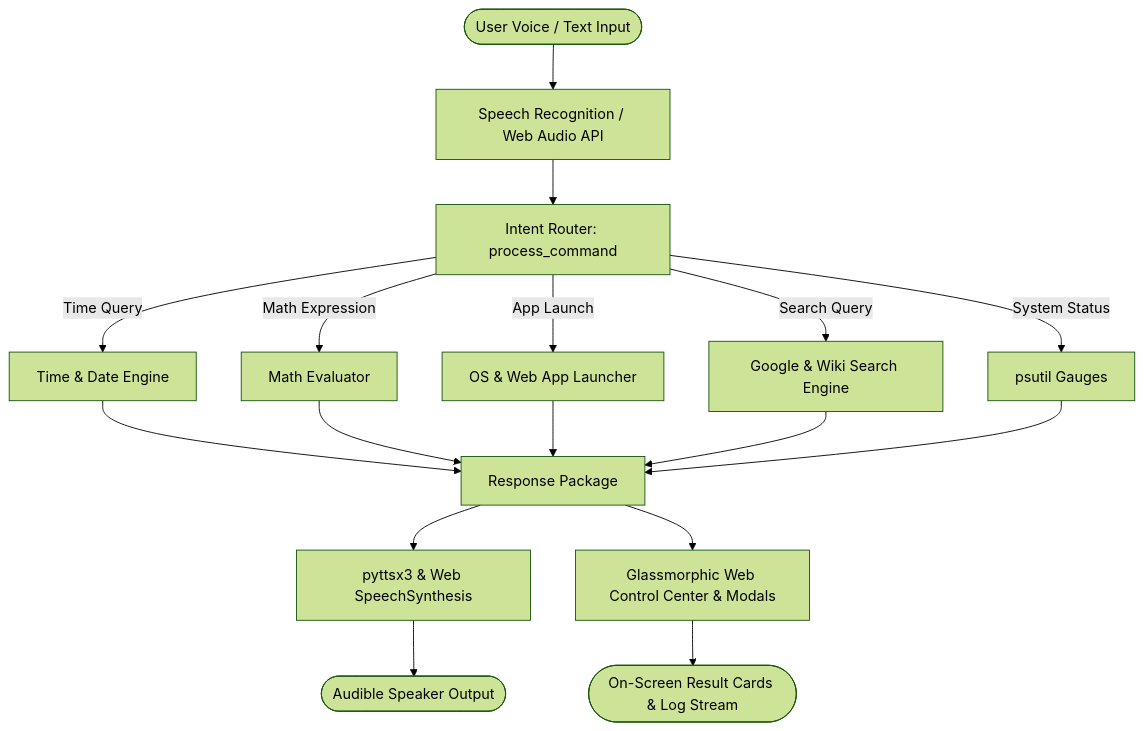
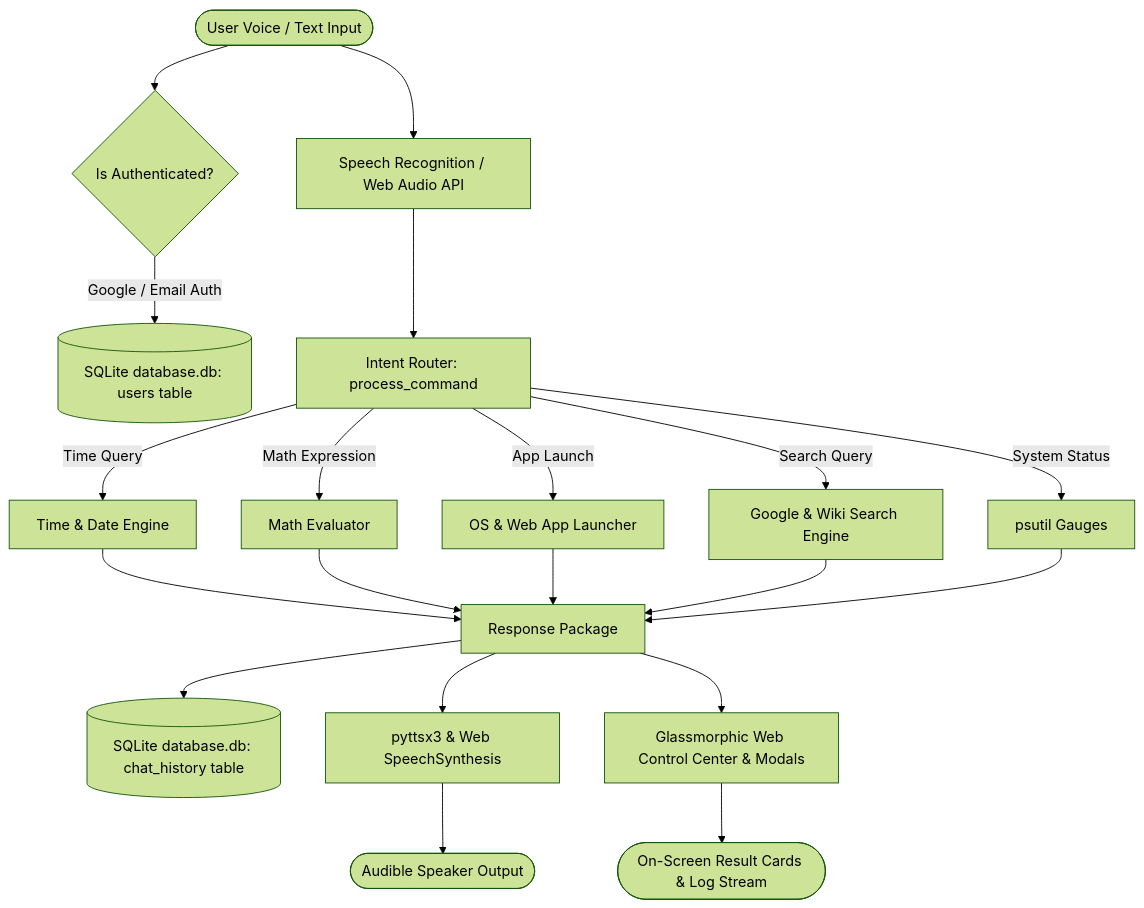
One commit to Vignesh170000/majorproject_vignesh changed the diagram in project_documentation.md. Above: the diagram before and after it, drawn with Mermaid (forest theme). The commit also changed other lines of this file and 4 other files, not shown here.

````diff
--- a/project_documentation.md
+++ b/project_documentation.md
@@ -29,22 +31,26 @@
 ```mermaid
 graph TD
-    User([User Voice / Text Input]) --> STT[Speech Recognition / Web Audio API]
+    User([User Voice / Text Input]) --> AuthCheck{Is Authenticated?}
+    AuthCheck -->|Google / Email Auth| SQLDB[(SQLite database.db: users table)]
+    
+    User --> STT[Speech Recognition / Web Audio API]
     STT --> Intent[Intent Router: process_command]
     
     Intent --> |Time Query| TimeModule[Time & Date Engine]
     Intent --> |Math Expression| MathModule[Math Evaluator]
     Intent --> |App Launch| AppLauncher[OS & Web App Launcher]
     Intent --> |Search Query| SearchModule[Google & Wiki Search Engine]
     Intent --> |System Status| SysModule[psutil Gauges]
     
     TimeModule --> FormatResponse[Response Package]
     MathModule --> FormatResponse
     AppLauncher --> FormatResponse
     SearchModule --> FormatResponse
     SysModule --> FormatResponse
     
+    FormatResponse --> SQLHist[(SQLite database.db: chat_history table)]
     FormatResponse --> TTS[pyttsx3 & Web SpeechSynthesis]
     FormatResponse --> UI[Glassmorphic Web Control Center & Modals]
     TTS --> AudioOut([Audible Speaker Output])
     UI --> VisualOut([On-Screen Result Cards & Log Stream])
 ```
````
